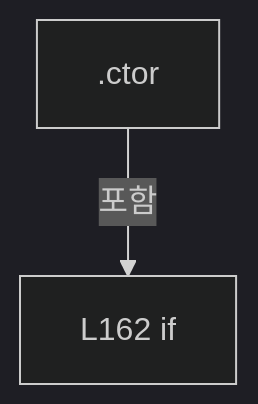
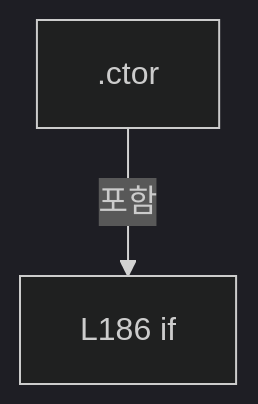
The fifth of 6 diagrams in A3 LD Code Ref/files/Drilling.UI/Popup/CRecipeConfirmDialog.xaml.cs.md (kjuws10-rgb/Shared), drawn with Mermaid (dark theme) before and after one commit. The commit also changed other lines of this file and 8055 other files, not shown here.

Commit message:
docs(a3): trace Stage Glass Data and refresh architecture and full code reference

````diff
--- a/A3 LD Code Ref/files/Drilling.UI/Popup/CRecipeConfirmDialog.xaml.cs.md
+++ b/A3 LD Code Ref/files/Drilling.UI/Popup/CRecipeConfirmDialog.xaml.cs.md
@@ -1123,6 +1224,6 @@
 ```mermaid
 flowchart TD
  M[".ctor"]
- N0["L162 if"]
+ N0["L186 if"]
  M -->|포함| N0
 ```
````
